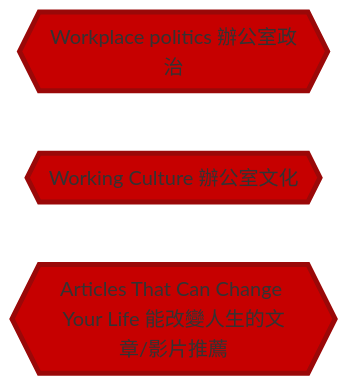
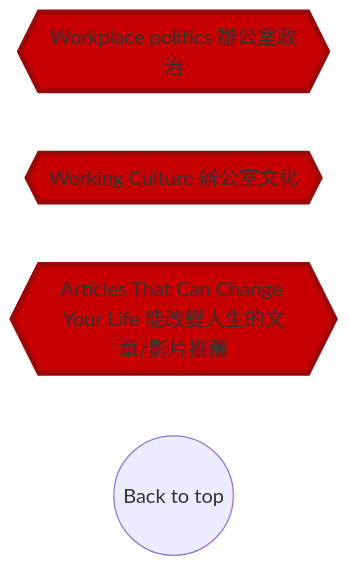
One commit to elifdesign/Elif-Design changed the third of 3 diagrams in Catalog.md. Above: the diagram before and after it, drawn with Mermaid.

````diff
--- a/Catalog.md
+++ b/Catalog.md
@@ -51,9 +51,11 @@
 ```mermaid
 flowchart LR
 R{{Workplace politics 辦公室政治}}
 style R fill:#C60000,stroke:#9A0808,stroke-width:4px
 S{{Working Culture 辦公室文化}}
 style S fill:#C60000,stroke:#9A0808,stroke-width:4px
 T{{Articles That Can Change Your Life 能改變人生的文章/影片推薦}}
 style T fill:#C60000,stroke:#9A0808,stroke-width:4px
+Z((Back to top))
+click Z "https://github.com/elifdesign/Elif-Design/blob/main/Catalog.md#Catalog"
 ```
````
